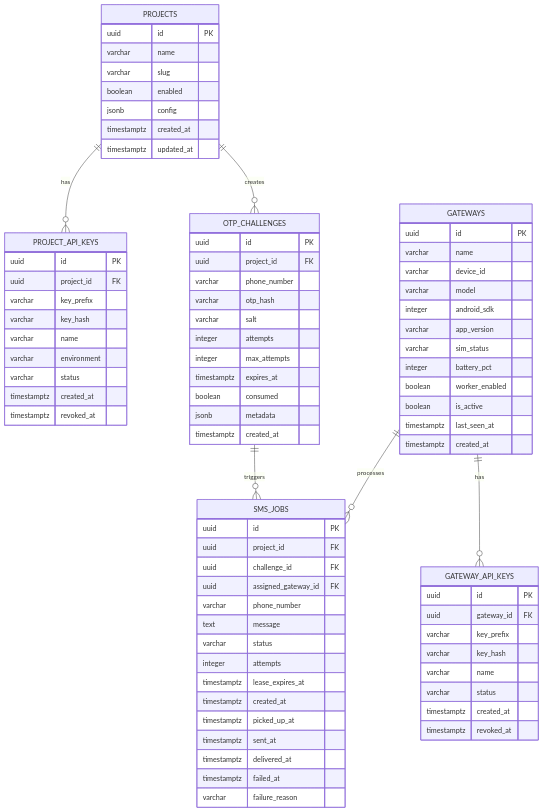
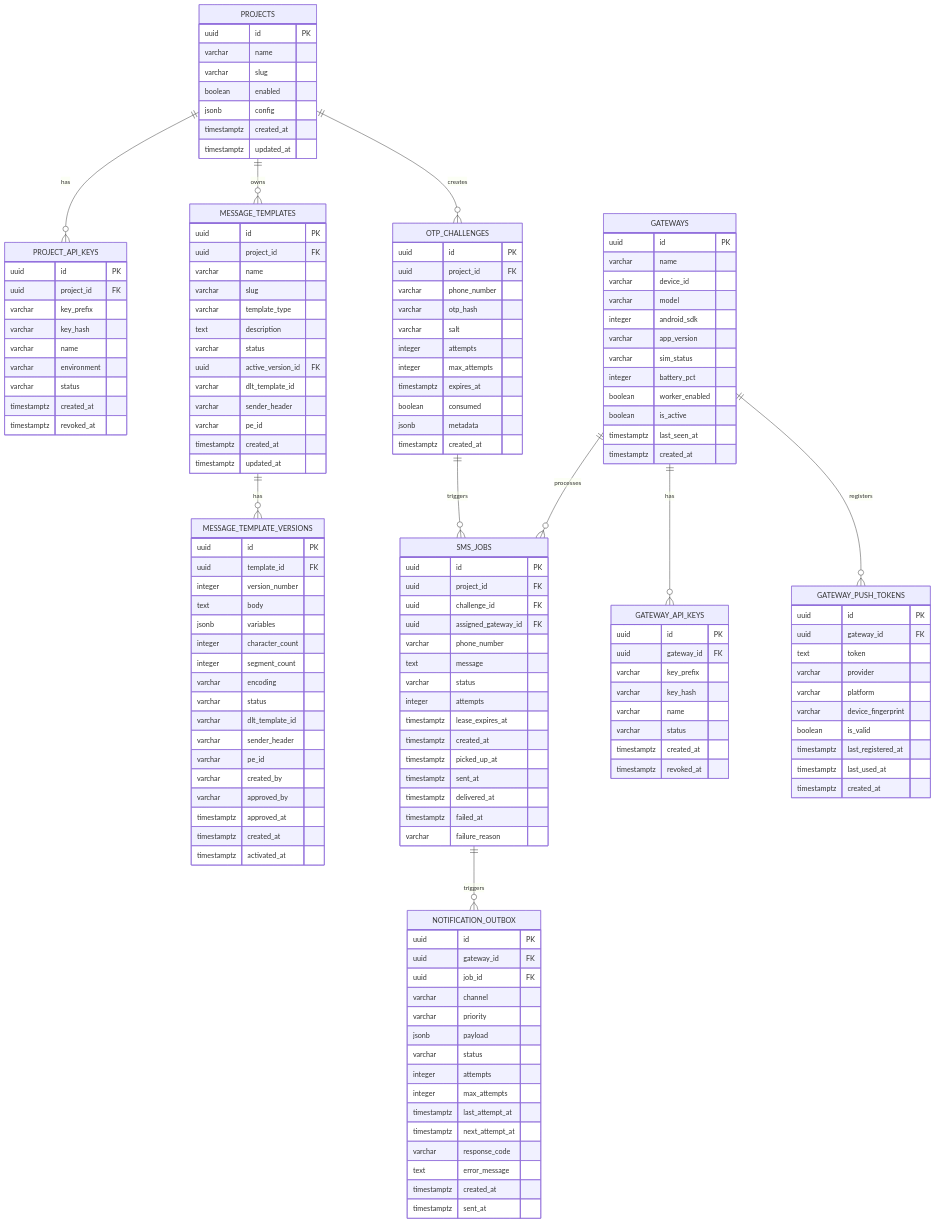
The diagram in docs/data-model.md (Shreyas-84524/Swift), drawn with Mermaid before and after one commit. The commit also changed other lines of this file and 4 other files, not shown here.

Commit message:
feat(db): add message template and push foundations

```diff
--- a/docs/data-model.md
+++ b/docs/data-model.md
@@ -6,9 +6,13 @@
 erDiagram
     PROJECTS ||--o{ PROJECT_API_KEYS : has
     PROJECTS ||--o{ OTP_CHALLENGES : creates
+    PROJECTS ||--o{ MESSAGE_TEMPLATES : owns
+    MESSAGE_TEMPLATES ||--o{ MESSAGE_TEMPLATE_VERSIONS : has
     OTP_CHALLENGES ||--o{ SMS_JOBS : triggers
     GATEWAYS ||--o{ GATEWAY_API_KEYS : has
+    GATEWAYS ||--o{ GATEWAY_PUSH_TOKENS : registers
     GATEWAYS ||--o{ SMS_JOBS : processes
+    SMS_JOBS ||--o{ NOTIFICATION_OUTBOX : triggers
 
     PROJECTS {
         uuid id PK
@@ -18,6 +22,73 @@
         jsonb config
         timestamptz created_at
         timestamptz updated_at
+    }
+
+    MESSAGE_TEMPLATES {
+        uuid id PK
+        uuid project_id FK
+        varchar name
+        varchar slug
+        varchar template_type
+        text description
+        varchar status
+        uuid active_version_id FK
+        varchar dlt_template_id
+        varchar sender_header
+        varchar pe_id
+        timestamptz created_at
+        timestamptz updated_at
+    }
+
+    MESSAGE_TEMPLATE_VERSIONS {
+        uuid id PK
+        uuid template_id FK
+        integer version_number
+        text body
+        jsonb variables
+        integer character_count
+        integer segment_count
+        varchar encoding
+        varchar status
+        varchar dlt_template_id
+        varchar sender_header
+        varchar pe_id
+        varchar created_by
+        varchar approved_by
+        timestamptz approved_at
+        timestamptz created_at
+        timestamptz activated_at
+    }
+
+    GATEWAY_PUSH_TOKENS {
+        uuid id PK
+        uuid gateway_id FK
+        text token
+        varchar provider
+        varchar platform
+        varchar device_fingerprint
+        boolean is_valid
+        timestamptz last_registered_at
+        timestamptz last_used_at
+        timestamptz created_at
+    }
+
+    NOTIFICATION_OUTBOX {
+        uuid id PK
+        uuid gateway_id FK
+        uuid job_id FK
+        varchar channel
+        varchar priority
+        jsonb payload
+        varchar status
+        integer attempts
+        integer max_attempts
+        timestamptz last_attempt_at
+        timestamptz next_attempt_at
+        varchar response_code
+        text error_message
+        timestamptz created_at
+        timestamptz sent_at
     }
 
     PROJECT_API_KEYS {
```
